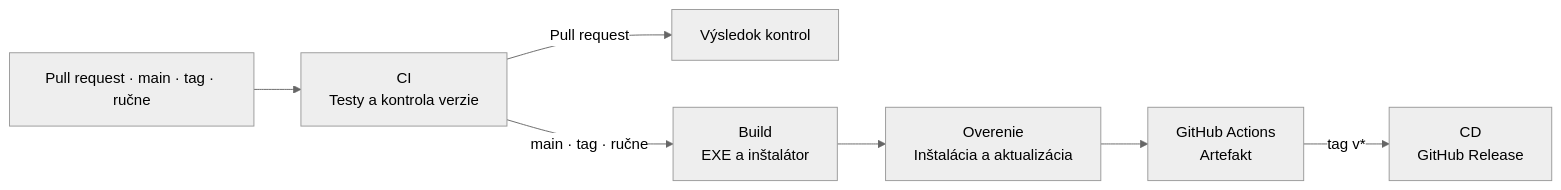
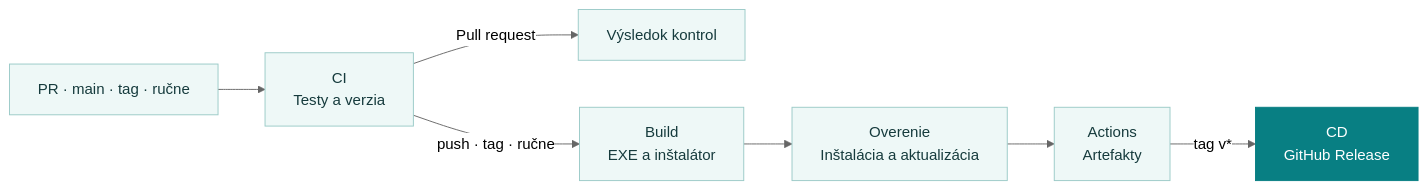
Before and after one commit to hudakjakub/OmniPDF: the diagram in README.md, drawn with Mermaid (neutral theme). The commit also changed other lines of this file and 27 other files, not shown here.

Commit message:
Polish GitHub page and organize project root

````diff
--- a/README.md
+++ b/README.md
@@ -28,9 +34,14 @@
 ```mermaid
 flowchart LR
-    A["Pull request · main · tag · ručne"] --> B["CI<br/>Testy a kontrola verzie"]
+    A["PR · main · tag · ručne"] --> B["CI<br/>Testy a verzia"]
     B -->|"Pull request"| C["Výsledok kontrol"]
-    B -->|"main · tag · ručne"| D["Build<br/>EXE a inštalátor"]
+    B -->|"push · tag · ručne"| D["Build<br/>EXE a inštalátor"]
     D --> E["Overenie<br/>Inštalácia a aktualizácia"]
-    E --> F["GitHub Actions<br/>Artefakt"]
+    E --> F["Actions<br/>Artefakty"]
     F -->|"tag v*"| G["CD<br/>GitHub Release"]
+
+    classDef standard fill:#eef8f7,stroke:#9acac7,color:#163b3d,stroke-width:1px;
+    classDef output fill:#087f83,stroke:#087f83,color:#ffffff,stroke-width:1px;
+    class A,B,C,D,E,F standard;
+    class G output;
 ```
````
